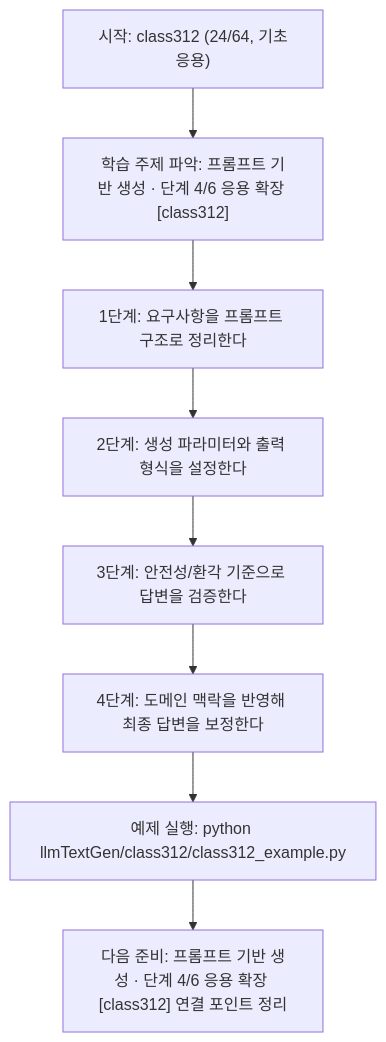
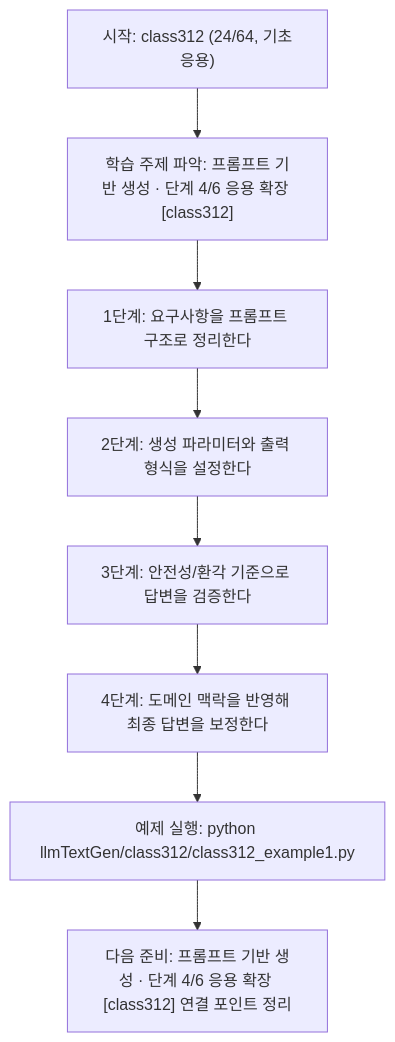
One commit to edumgt/Python-AI_Agent-Class changed the diagram in llmTextGen/class312/class312.md. Above: the diagram before and after it, drawn with Mermaid. The commit also changed other lines of this file and 2959 other files, not shown here.

````diff
--- a/llmTextGen/class312/class312.md
+++ b/llmTextGen/class312/class312.md
@@ -114,18 +114,18 @@
 ```mermaid
 flowchart TD
 N1["시작: class312 (24/64, 기초응용)"]
 N2["학습 주제 파악: 프롬프트 기반 생성 · 단계 4/6 응용 확장 [class312]"]
 N3["1단계: 요구사항을 프롬프트 구조로 정리한다"]
 N4["2단계: 생성 파라미터와 출력 형식을 설정한다"]
 N5["3단계: 안전성/환각 기준으로 답변을 검증한다"]
 N6["4단계: 도메인 맥락을 반영해 최종 답변을 보정한다"]
-N7["예제 실행: python llmTextGen/class312/class312_example.py"]
+N7["예제 실행: python llmTextGen/class312/class312_example1.py"]
 N8["다음 준비: 프롬프트 기반 생성 · 단계 4/6 응용 확장 [class312] 연결 포인트 정리"]
 N1 --> N2
 N2 --> N3
 N3 --> N4
 N4 --> N5
 N5 --> N6
 N6 --> N7
 N7 --> N8
 ```
````
